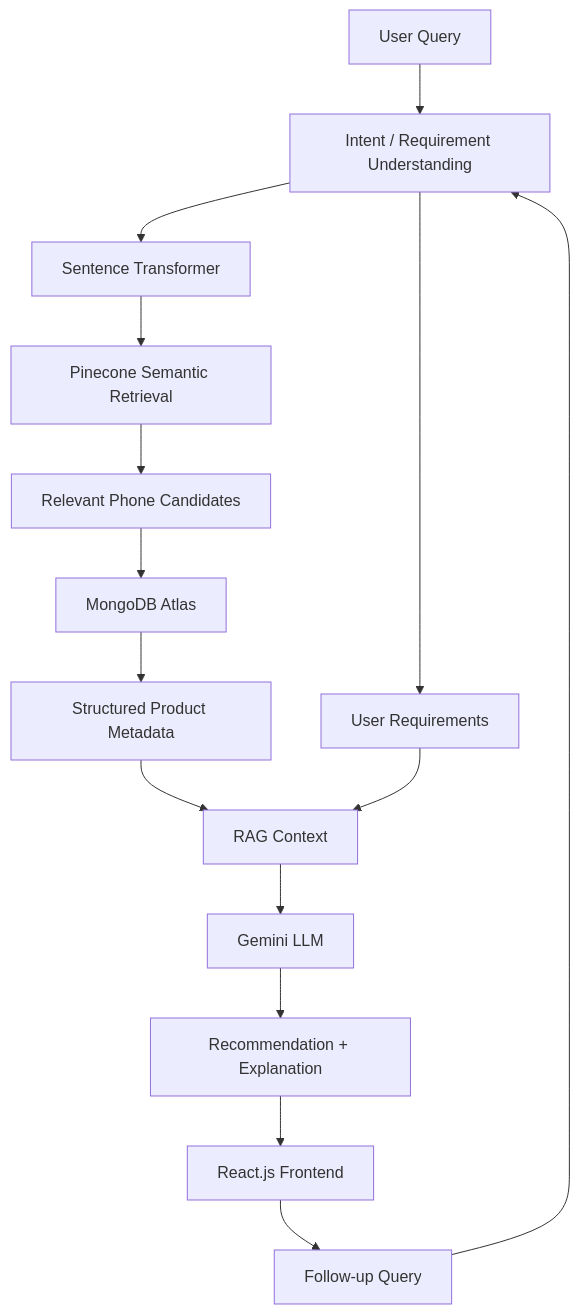
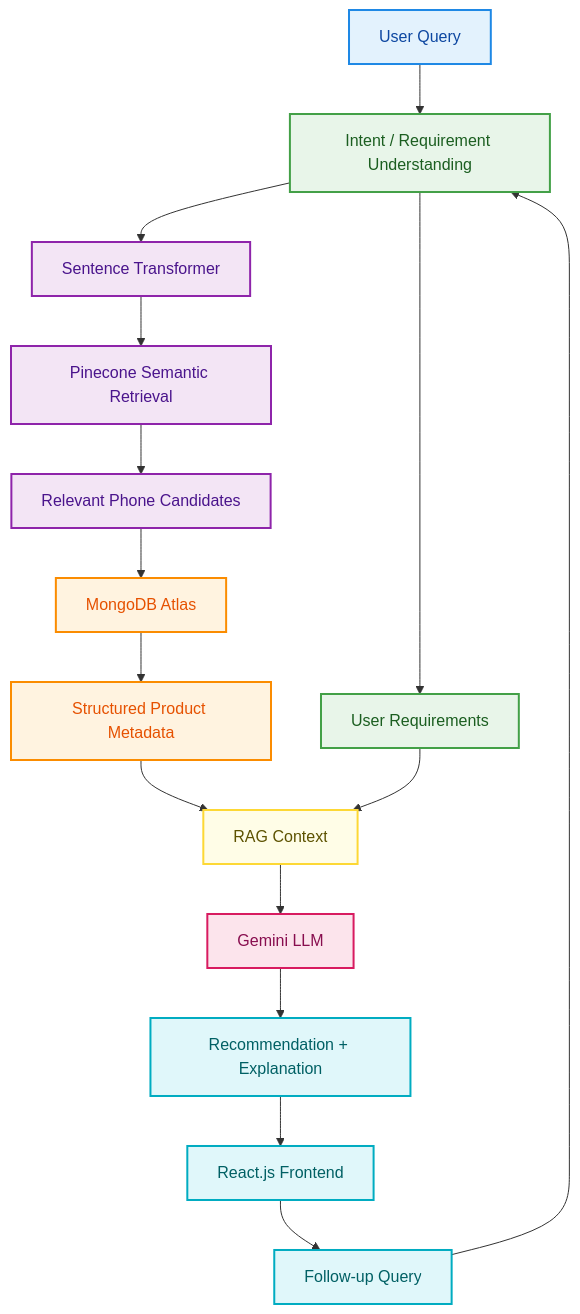
One commit to Veenashree22533/final_year changed the first of 2 diagrams in README.md. Above: the diagram before and after it, drawn with Mermaid. The commit also changed other lines of this file, not shown here.

Commit message:
README.md

````diff
--- a/README.md
+++ b/README.md
@@ -33,17 +33,33 @@
 ```mermaid
 flowchart TD
     A[User Query] --> B[Intent / Requirement Understanding]
     B --> C[Sentence Transformer]
     C --> D[Pinecone Semantic Retrieval]
     D --> E[Relevant Phone Candidates]
     E --> F[MongoDB Atlas]
     F --> G[Structured Product Metadata]
     B --> H[User Requirements]
     G --> I[RAG Context]
     H --> I
     I --> J[Gemini LLM]
     J --> K[Recommendation + Explanation]
     K --> L[React.js Frontend]
     L --> M[Follow-up Query]
     M --> B
+
+    classDef input fill:#E3F2FD,stroke:#1E88E5,stroke-width:2px,color:#0D47A1;
+    classDef intent fill:#E8F5E9,stroke:#43A047,stroke-width:2px,color:#1B5E20;
+    classDef retrieval fill:#F3E5F5,stroke:#8E24AA,stroke-width:2px,color:#4A148C;
+    classDef data fill:#FFF3E0,stroke:#FB8C00,stroke-width:2px,color:#E65100;
+    classDef rag fill:#FFFDE7,stroke:#FDD835,stroke-width:2px,color:#5D5200;
+    classDef llm fill:#FCE4EC,stroke:#D81B60,stroke-width:2px,color:#880E4F;
+    classDef output fill:#E0F7FA,stroke:#00ACC1,stroke-width:2px,color:#006064;
+
+    class A input;
+    class B,H intent;
+    class C,D,E retrieval;
+    class F,G data;
+    class I rag;
+    class J llm;
+    class K,L,M output;
 ```
````
